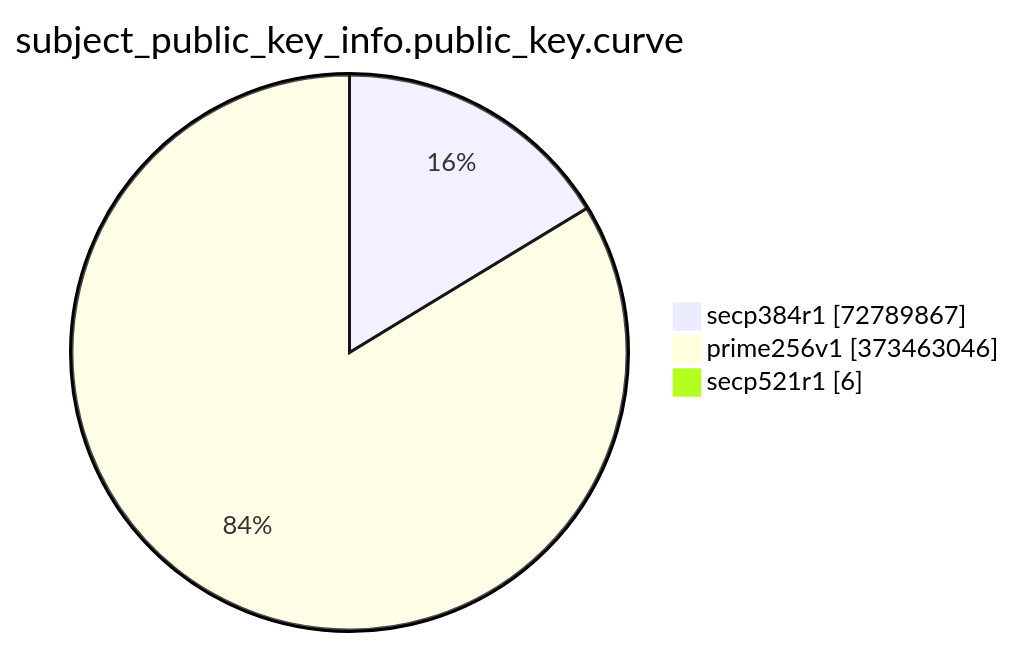
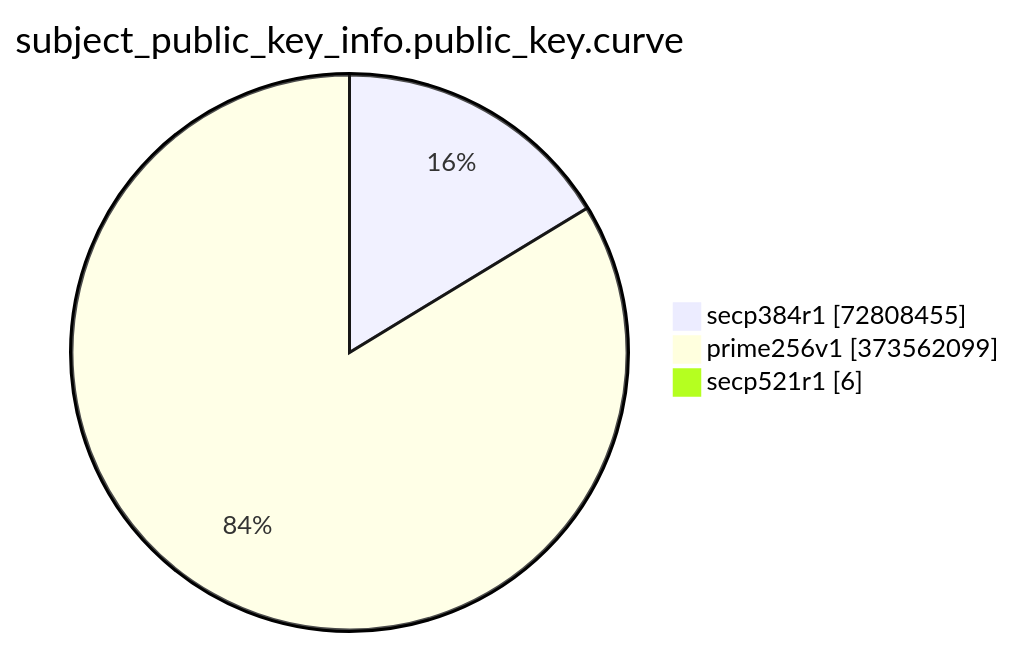
Before and after one commit to christiankrug/ctmonitor_visualization: the eighth of 15 diagrams in TOTAL/README.md, drawn with Mermaid. The commit also changed other lines of this file, not shown here.

````diff
--- a/TOTAL/README.md
+++ b/TOTAL/README.md
@@ -3092,7 +3092,7 @@
 ```mermaid
 pie showData
 title subject_public_key_info.public_key.curve
-"secp384r1" :72789867
-"prime256v1" :373463046
+"secp384r1" :72808455
+"prime256v1" :373562099
 "secp521r1" :6
 ```
````
